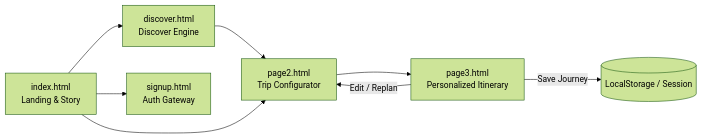
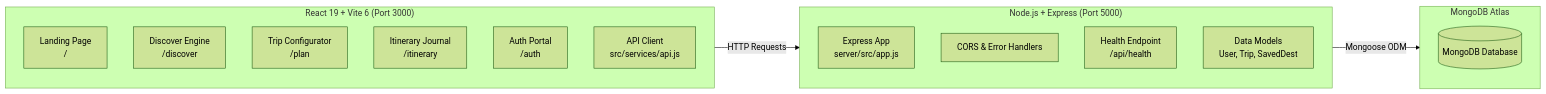
One commit to NSharp-mahajan/Dastaan changed the diagram in README.md. Above: the diagram before and after it, drawn with Mermaid (forest theme). The commit also changed other lines of this file and 69 other files, not shown here.

Commit message:
feat(phase-2): complete React migration, Express backend foundation and MongoDB connection

````diff
--- a/README.md
+++ b/README.md
@@ -50,10 +56,25 @@
 ```mermaid
 flowchart LR
-    A[index.html<br>Landing & Story] --> B[discover.html<br>Discover Engine]
-    A --> C[signup.html<br>Auth Gateway]
-    B --> D[page2.html<br>Trip Configurator]
-    A --> D
-    D --> E[page3.html<br>Personalized Itinerary]
-    E -->|Save Journey| F[(LocalStorage / Session)]
-    E -->|Edit / Replan| D
+    subgraph Frontend ["React 19 + Vite 6 (Port 3000)"]
+      A[Landing Page<br>/] 
+      B[Discover Engine<br>/discover]
+      C[Trip Configurator<br>/plan]
+      D[Itinerary Journal<br>/itinerary]
+      E[Auth Portal<br>/auth]
+      F[API Client<br>src/services/api.js]
+    end
+
+    subgraph Backend ["Node.js + Express (Port 5000)"]
+      G[Express App<br>server/src/app.js]
+      H[CORS & Error Handlers]
+      I[Health Endpoint<br>/api/health]
+      J[Data Models<br>User, Trip, SavedDest]
+    end
+
+    subgraph Database ["MongoDB Atlas"]
+      K[(MongoDB Database)]
+    end
+
+    Frontend -->|HTTP Requests| Backend
+    Backend -->|Mongoose ODM| Database
 ```
````
